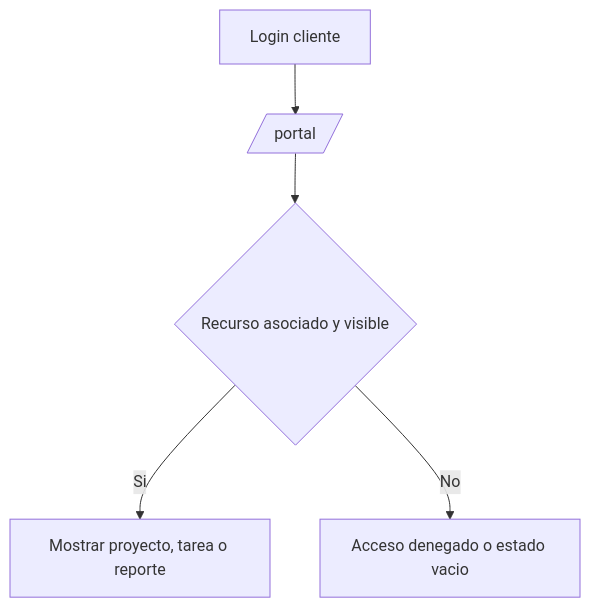
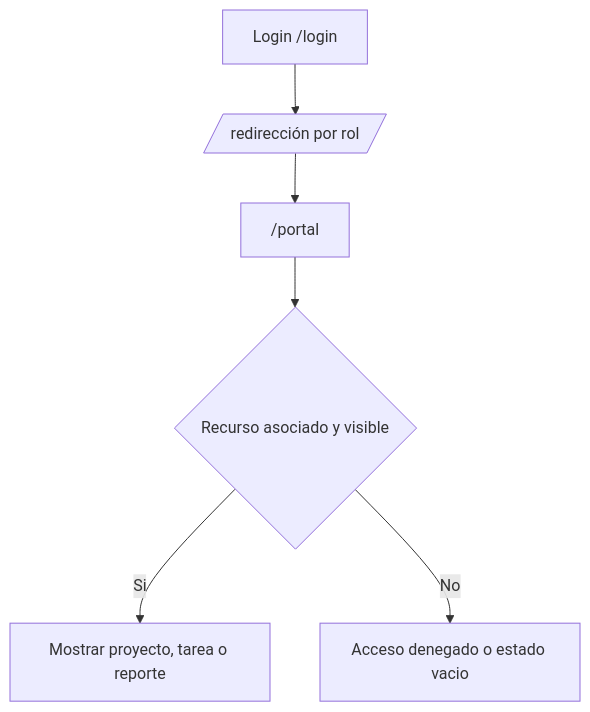
One commit to Racksode/tfm-task-client changed the sixth of 6 diagrams in docs/11-pantallas-y-navegacion.md. Above: the diagram before and after it, drawn with Mermaid. The commit also changed other lines of this file and 2 other files, not shown here.

Commit message:
docs: actualizar pantallas, casos de uso e historias al rework de login y usuarios

````diff
--- a/docs/11-pantallas-y-navegacion.md
+++ b/docs/11-pantallas-y-navegacion.md
@@ -211,7 +242,8 @@
 ```mermaid
 flowchart TD
-  L[Login cliente] --> P[/portal/]
+  L["Login /login"] --> R[/ redirección por rol/]
+  R --> P["/portal"]
   P --> V{Recurso asociado y visible}
   V -- Si --> Show[Mostrar proyecto, tarea o reporte]
   V -- No --> Deny[Acceso denegado o estado vacio]
 ```
````
